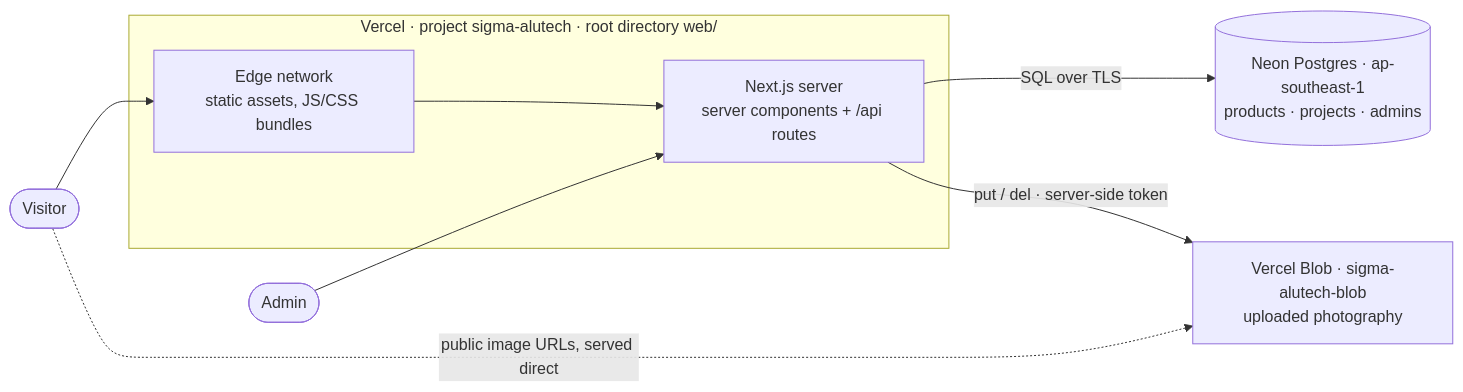
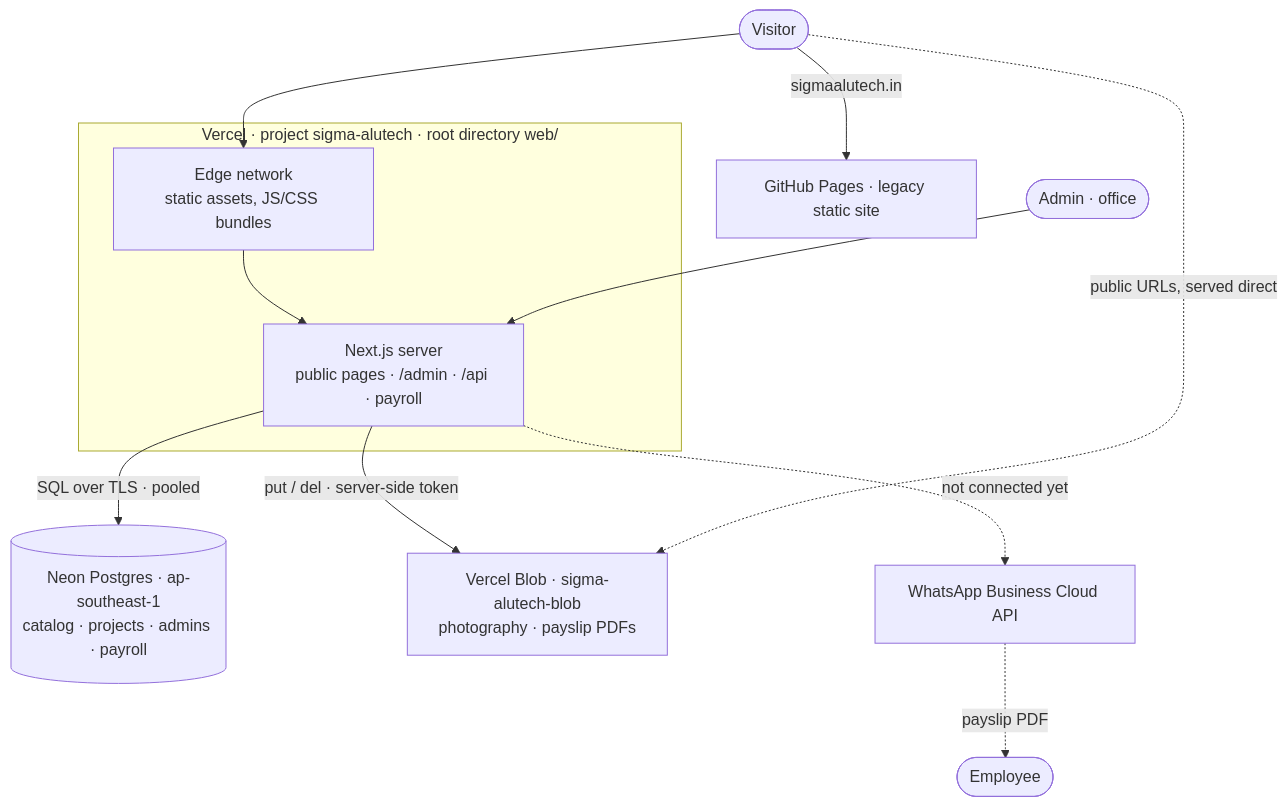
One commit to crazycoder22/sigma-alutech changed the diagram in web/README.md. Above: the diagram before and after it, drawn with Mermaid. The commit also changed other lines of this file, not shown here.

Commit message:
Bring the deployment architecture up to date
The committed topology predated payroll, so it showed a catalog site and
nothing else. It now covers what actually runs: the Vercel edge and
Next.js server, Neon holding the payroll tables alongside the catalog,
Blob holding payslip PDFs alongside photography, and the WhatsApp Cloud
API with the employee on the far end of it.

Both paths that exist in code but carry no traffic are drawn dashed and
called out — WhatsApp, which simulates until the provider is switched to
meta, and the domain, which still resolves to the legacy Pages site.

Also records a real operational surprise: Vercel's git integration
skipped a push today after deploying the two before it within a minute.
A missed deploy is indistinguishable from a successful one unless you
look, so the pipeline section now says to check vercel ls after pushing.

````diff
--- a/web/README.md
+++ b/web/README.md
@@ -36,17 +36,24 @@
 ```mermaid
-flowchart LR
+flowchart TB
   visitor([Visitor])
-  owner([Admin])
+  owner([Admin · office])
+  staff([Employee])
 
   subgraph vercel["Vercel · project sigma-alutech · root directory web/"]
     edge["Edge network<br/>static assets, JS/CSS bundles"]
-    fn["Next.js server<br/>server components + /api routes"]
+    fn["Next.js server<br/>public pages · /admin · /api · payroll"]
     edge --> fn
   end
 
   visitor --> edge
   owner --> fn
-  fn -->|"SQL over TLS"| neon[("Neon Postgres · ap-southeast-1<br/>products · projects · admins")]
-  fn -->|"put / del · server-side token"| blob["Vercel Blob · sigma-alutech-blob<br/>uploaded photography"]
-  visitor -.->|"public image URLs, served direct"| blob
+
+  fn -->|"SQL over TLS · pooled"| neon[("Neon Postgres · ap-southeast-1<br/>catalog · projects · admins · payroll")]
+  fn -->|"put / del · server-side token"| blob["Vercel Blob · sigma-alutech-blob<br/>photography · payslip PDFs"]
+  visitor -.->|"public URLs, served direct"| blob
+  fn -. "not connected yet" .-> wa["WhatsApp Business Cloud API"]
+  wa -. "payslip PDF" .-> staff
+
+  legacy["GitHub Pages · legacy static site"]
+  visitor -->|"sigmaalutech.in"| legacy
 ```
````
